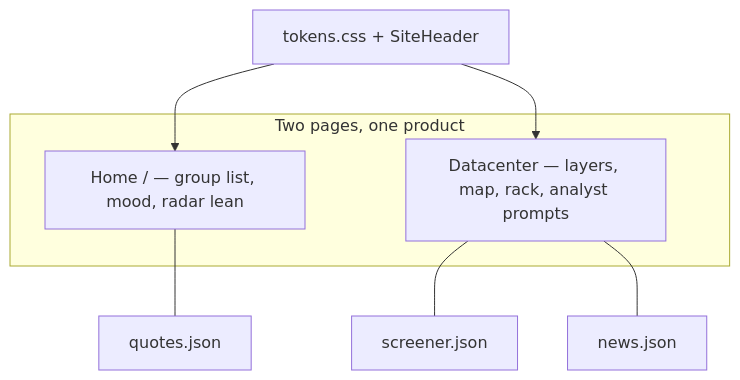
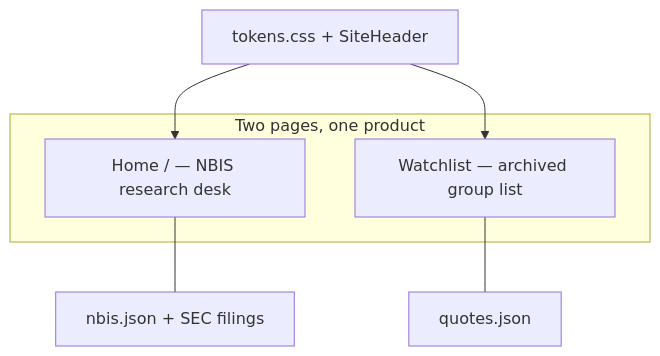
One commit to Jacob-Idolor/Pet_Projects changed the second of 2 diagrams in stocks/radar/README.md. Above: the diagram before and after it, drawn with Mermaid. The commit also changed other lines of this file and 33 other files, not shown here.

````diff
--- a/stocks/radar/README.md
+++ b/stocks/radar/README.md
@@ -47,14 +50,13 @@
 ```mermaid
 flowchart TB
   subgraph pages [Two pages, one product]
-    H["Home / — group list, mood, radar lean"]
-    D["Datacenter — layers, map, rack, analyst prompts"]
+    H["Home / — NBIS research desk"]
+    D["Watchlist — archived group list"]
   end
 
   T[tokens.css + SiteHeader] --> H
   T --> D
 
-  H --- QJ[quotes.json]
-  D --- SJ[screener.json]
-  D --- NJ[news.json]
+  H --- NJ[nbis.json + SEC filings]
+  D --- QJ[quotes.json]
 ```
````
